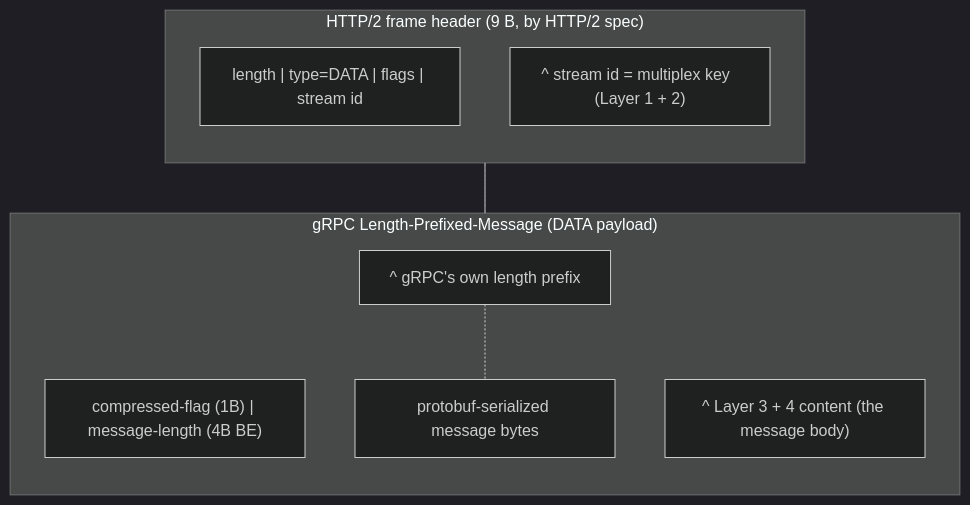
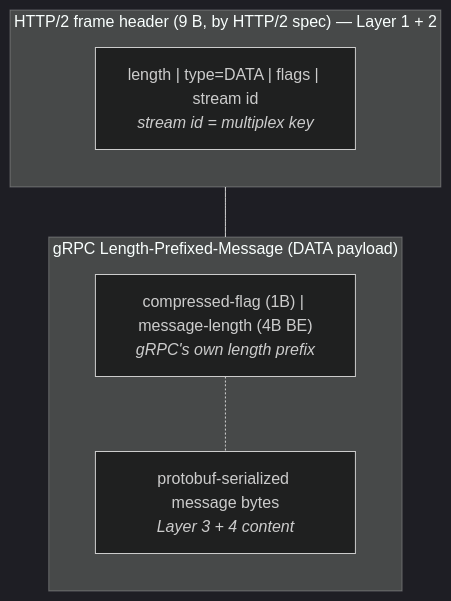
The diagram in src/content/posts/network-rpc-and-multiplexing.mdx (gzb1128/gzb1128.github.io), drawn with Mermaid (dark theme) before and after one commit.

Commit message:
docs: remove stray ^ markers from gRPC mermaid diagram
The ^ prefix was meant to mark annotation rows (pointing at the field
above), a habit carried over from ASCII. Inside a mermaid node it just
reads as a stray character. Merge each annotation into its field node
as an italic sub-line via <br/>, and fold the layer numbers into the
subgraph titles. Drops node count 6 -> 3, cleaner layout.

````diff
--- a/src/content/posts/network-rpc-and-multiplexing.mdx
+++ b/src/content/posts/network-rpc-and-multiplexing.mdx
@@ -224,17 +224,14 @@
 ```mermaid
 flowchart TB
-    subgraph H2["HTTP/2 frame header (9 B, by HTTP/2 spec)"]
+    subgraph H2["HTTP/2 frame header (9 B, by HTTP/2 spec) — Layer 1 + 2"]
         direction TB
-        H2F["length | type=DATA | flags | stream id"]
-        H2N["^ stream id = multiplex key  (Layer 1 + 2)"]
+        H2F["length | type=DATA | flags | stream id<br/><i>stream id = multiplex key</i>"]
     end
     subgraph GRPC["gRPC Length-Prefixed-Message (DATA payload)"]
         direction TB
-        GF["compressed-flag (1B) | message-length (4B BE)"]
-        GN["^ gRPC's own length prefix"]
-        PB["protobuf-serialized message bytes"]
-        PBN["^ Layer 3 + 4 content (the message body)"]
+        GF["compressed-flag (1B) | message-length (4B BE)<br/><i>gRPC's own length prefix</i>"]
+        PB["protobuf-serialized message bytes<br/><i>Layer 3 + 4 content</i>"]
     end
     H2 --- GRPC
-    GN -.- PB
+    GF -.- PB
 ```
````
